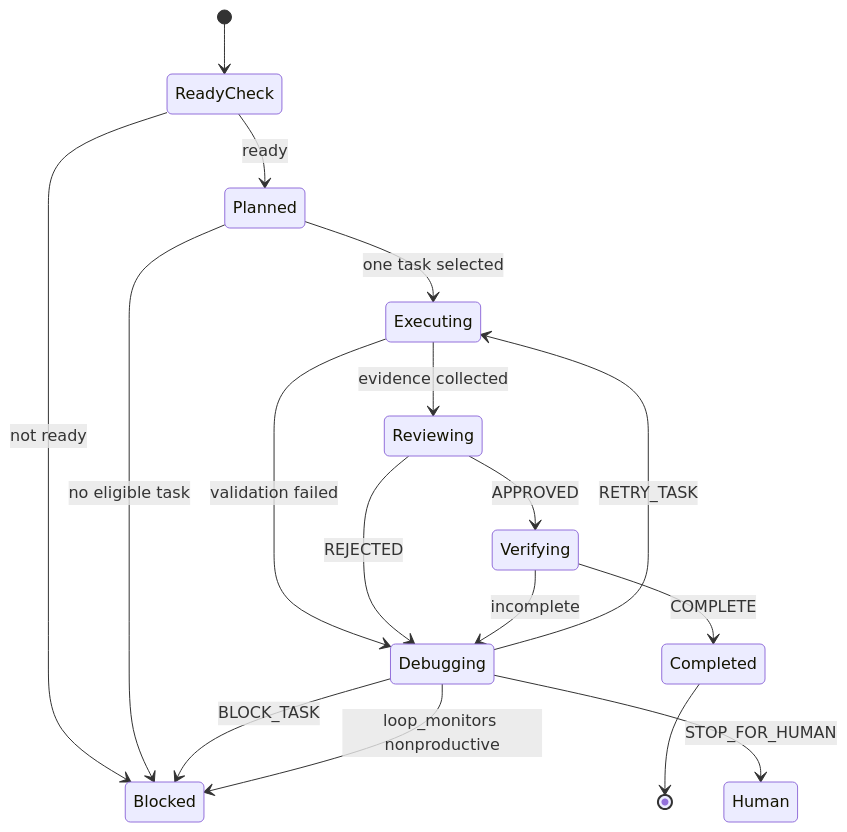
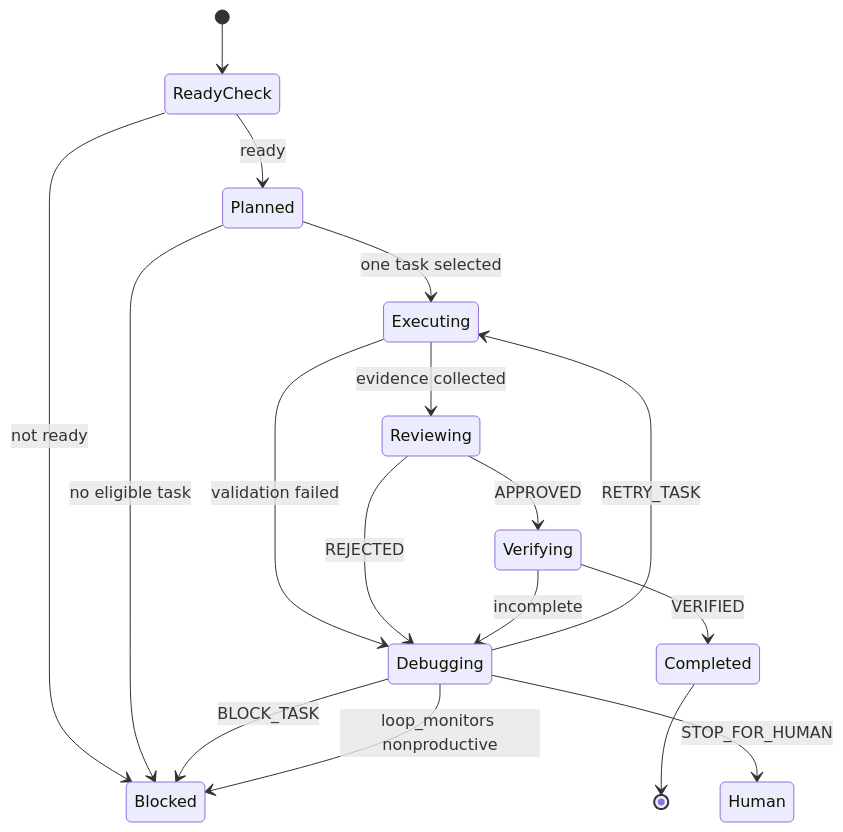
Before and after one commit to j5ik2o/takt-sdd: the third of 3 diagrams in .kiro/specs/kiro-iterative-implementation-workflow/design.md, drawn with Mermaid. The commit also changed other lines of this file, not shown here.

````diff
--- a/.kiro/specs/kiro-iterative-implementation-workflow/design.md
+++ b/.kiro/specs/kiro-iterative-implementation-workflow/design.md
@@ -241,19 +241,19 @@
 ```mermaid
 stateDiagram-v2
     [*] --> ReadyCheck
     ReadyCheck --> Blocked: not ready
     ReadyCheck --> Planned: ready
     Planned --> Executing: one task selected
     Planned --> Blocked: no eligible task
     Executing --> Reviewing: evidence collected
     Executing --> Debugging: validation failed
     Reviewing --> Verifying: APPROVED
     Reviewing --> Debugging: REJECTED
     Debugging --> Executing: RETRY_TASK
     Debugging --> Blocked: BLOCK_TASK
     Debugging --> Human: STOP_FOR_HUMAN
     Debugging --> Blocked: loop_monitors nonproductive
-    Verifying --> Completed: COMPLETE
+    Verifying --> Completed: VERIFIED
     Verifying --> Debugging: incomplete
     Completed --> [*]
 ```
````
